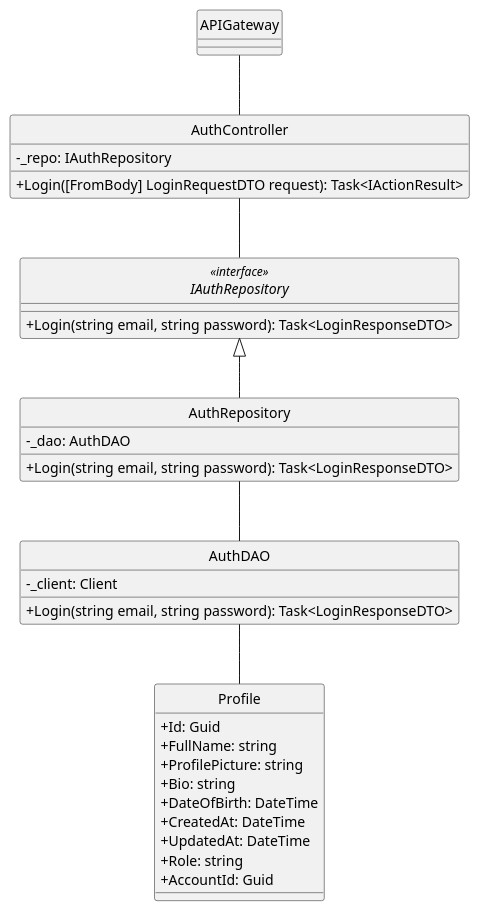
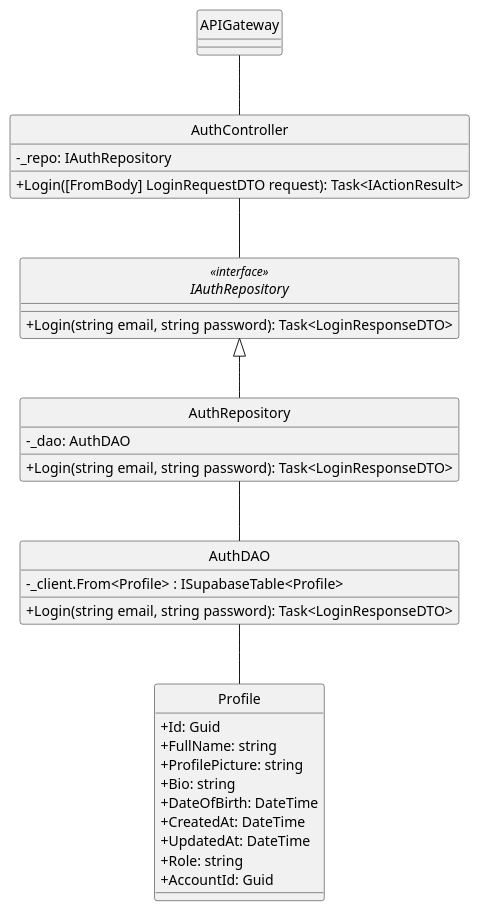
The diagram in docs/ClassDiagram/Authtentication/Login/ClassDiagram.plantuml (minhnhut23/FPT-OBOMS), drawn with PlantUML before and after one commit.

Commit message:
edit login diagram

```diff
--- a/docs/ClassDiagram/Authtentication/Login/ClassDiagram.plantuml
+++ b/docs/ClassDiagram/Authtentication/Login/ClassDiagram.plantuml
@@ -1,48 +1,48 @@
 @startuml 
 hide circle
 skinparam classAttributeIconSize 0
 skinparam linetype ortho
 
 class APIGateway {
 }
 
 class AuthController {
     - _repo: IAuthRepository
     + Login([FromBody] LoginRequestDTO request): Task<IActionResult> 
 }
 
 interface IAuthRepository<<interface>> {
     + Login(string email, string password): Task<LoginResponseDTO>
 }
 
 class AuthRepository {
     - _dao: AuthDAO
     + Login(string email, string password): Task<LoginResponseDTO>
 }
 
 class AuthDAO {
-    - _client: Client
+    - _client.From<Profile> : ISupabaseTable<Profile>
     + Login(string email, string password): Task<LoginResponseDTO>
 }
 
 class Profile {
     + Id: Guid
     + FullName: string
     + ProfilePicture: string
     + Bio: string
     + DateOfBirth: DateTime
     + CreatedAt: DateTime
     + UpdatedAt: DateTime
     + Role: string
     + AccountId: Guid
 }
 
 APIGateway -- AuthController
 AuthController -- IAuthRepository
 
 IAuthRepository <|-- AuthRepository
 
 AuthRepository -- AuthDAO
 
 AuthDAO -- Profile
 @enduml
```
